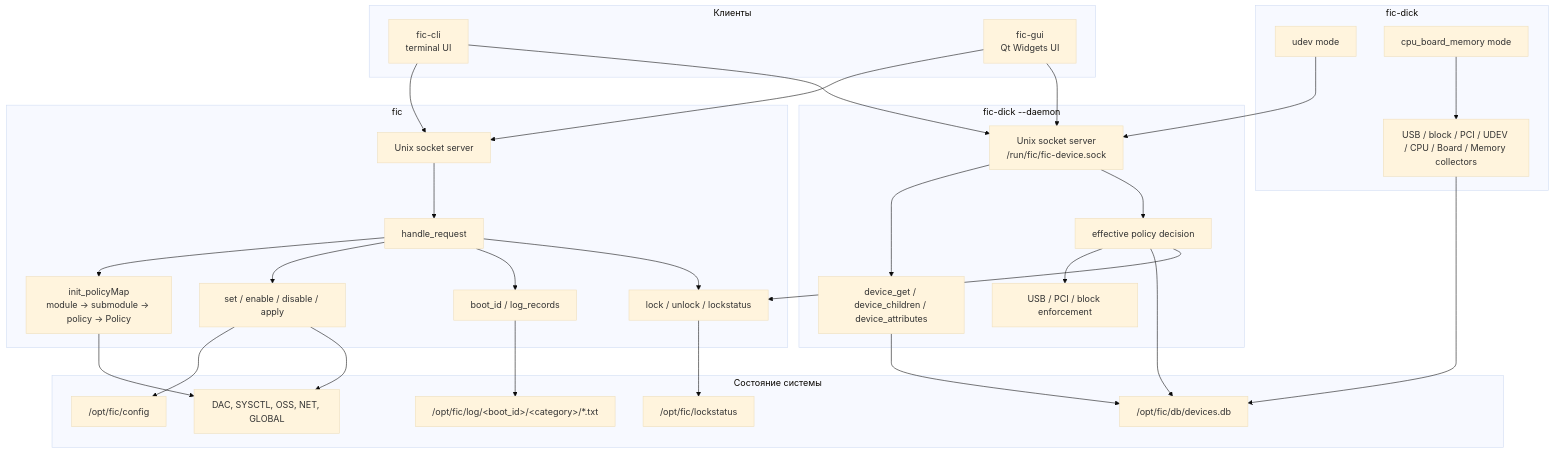
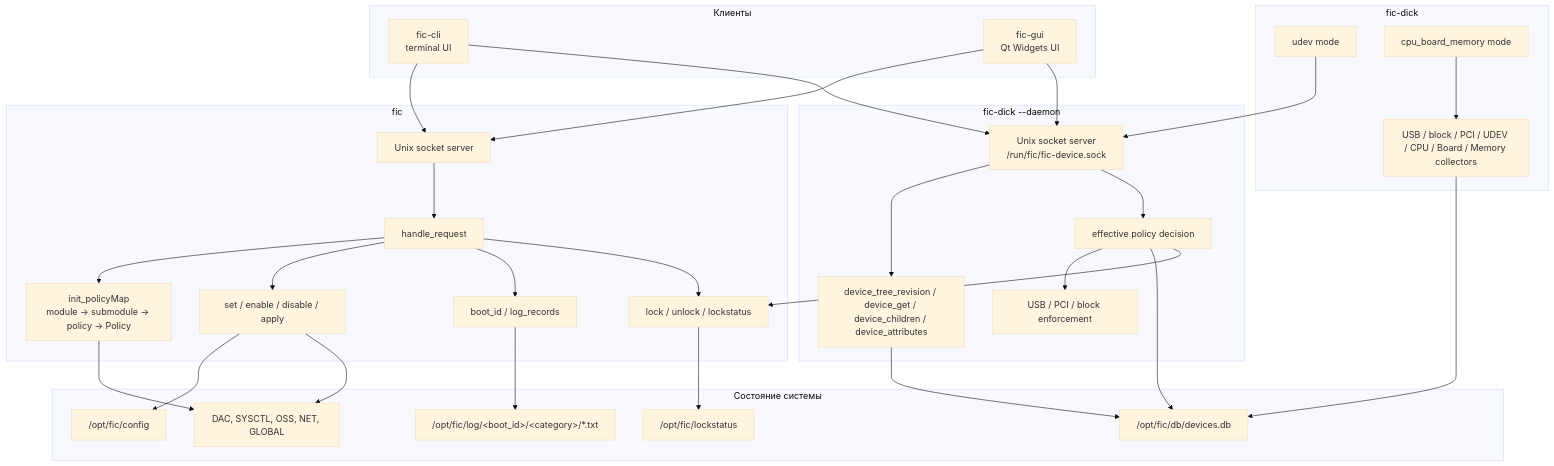
The second of 15 diagrams in docs/architecture-diagrams.md (RevoltStar/FIC), drawn with Mermaid (base theme) before and after one commit. The commit also changed other lines of this file and 15 other files, not shown here.

````diff
--- a/docs/architecture-diagrams.md
+++ b/docs/architecture-diagrams.md
@@ -69,63 +69,63 @@
 ```mermaid
 flowchart TB
     subgraph Clients[Клиенты]
         cli["fic-cli<br/>terminal UI"]
         gui["fic-gui<br/>Qt Widgets UI"]
     end
 
     subgraph Daemon[fic]
         ipcServer[Unix socket server]
         requestRouter[handle_request]
         policyMap["init_policyMap<br/>module -> submodule -> policy -> Policy"]
         policyOps[set / enable / disable / apply]
         logApi[boot_id / log_records]
         lockApi[lock / unlock / lockstatus]
     end
 
     subgraph DeviceDaemon["fic-dick --daemon"]
         deviceIpc[Unix socket server<br/>/run/fic/fic-device.sock]
-        deviceApi[device_get / device_children / device_attributes]
+        deviceApi[device_tree_revision / device_get / device_children / device_attributes]
         devicePolicy[effective policy decision]
         deviceApply[USB / PCI / block enforcement]
     end
 
     subgraph CoreStorage[Состояние системы]
         config["/opt/fic/config"]
         modules[DAC, SYSCTL, OSS, NET, GLOBAL]
         logs["/opt/fic/log/&lt;boot_id&gt;/&lt;category&gt;/*.txt"]
         db["/opt/fic/db/devices.db"]
         lockstatus["/opt/fic/lockstatus"]
     end
 
     subgraph Collectors[fic-dick]
         udevMode[udev mode]
         staticMode[cpu_board_memory mode]
         collectors[USB / block / PCI / UDEV / CPU / Board / Memory collectors]
     end
 
     cli --> ipcServer
     gui --> ipcServer
     cli --> deviceIpc
     gui --> deviceIpc
     ipcServer --> requestRouter
     requestRouter --> policyMap
     requestRouter --> policyOps
     requestRouter --> logApi
     requestRouter --> lockApi
     deviceIpc --> deviceApi
     deviceIpc --> devicePolicy
     devicePolicy --> deviceApply
 
     policyMap --> modules
     policyOps --> config
     policyOps --> modules
     logApi --> logs
     deviceApi --> db
     devicePolicy --> db
     lockApi --> lockstatus
     devicePolicy --> lockApi
 
     udevMode --> deviceIpc
     staticMode --> collectors
     collectors --> db
 ```
````
